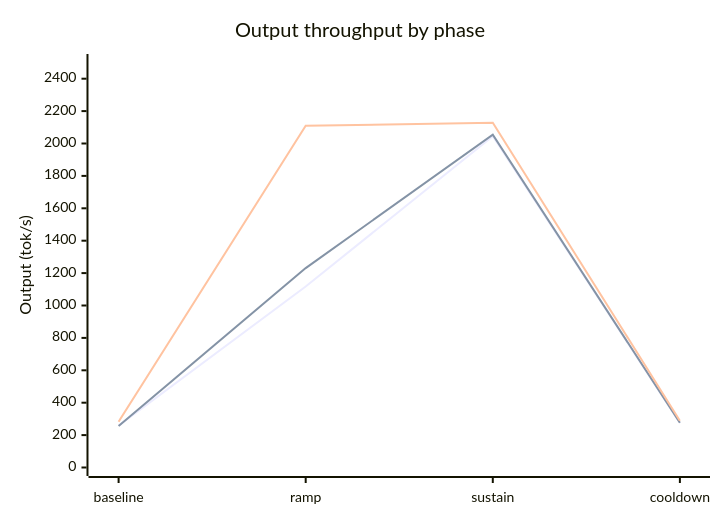
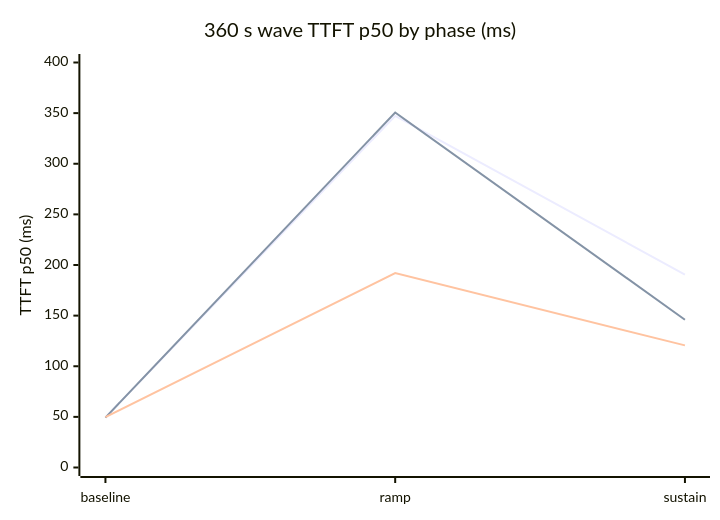
Before and after one commit to gpustack/gpustack-operator: the ninth of 9 diagrams in docs/modules/model-deployment/scaling-benchmark.md, drawn with Mermaid. The commit also changed other lines of this file, not shown here.

Commit message:
docs(scaling): add feedback-sensitivity and capacity-prior trend charts to scaling-benchmark.md

````diff
--- a/docs/modules/model-deployment/scaling-benchmark.md
+++ b/docs/modules/model-deployment/scaling-benchmark.md
@@ -188,9 +405,9 @@
 ```mermaid
 xychart-beta
-    title "Output throughput by phase"
-    x-axis ["baseline", "ramp", "sustain", "cooldown"]
-    y-axis "Output (tok/s)" 0 --> 2500
-    line [258.325, 1117.481, 2044.782, 274.402]
-    line [256.117, 1230.879, 2054.687, 276.51]
-    line [282.371, 2109.251, 2128.27, 288.484]
+    title "360 s wave TTFT p50 by phase (ms)"
+    x-axis ["baseline", "ramp", "sustain"]
+    y-axis "TTFT p50 (ms)" 0 --> 400
+    line [49.439, 347.282, 190.555]
+    line [49.263, 350.591, 145.939]
+    line [49.742, 192.093, 120.59]
 ```
````
